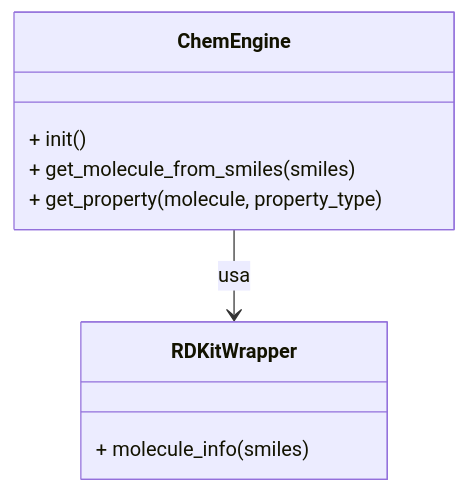
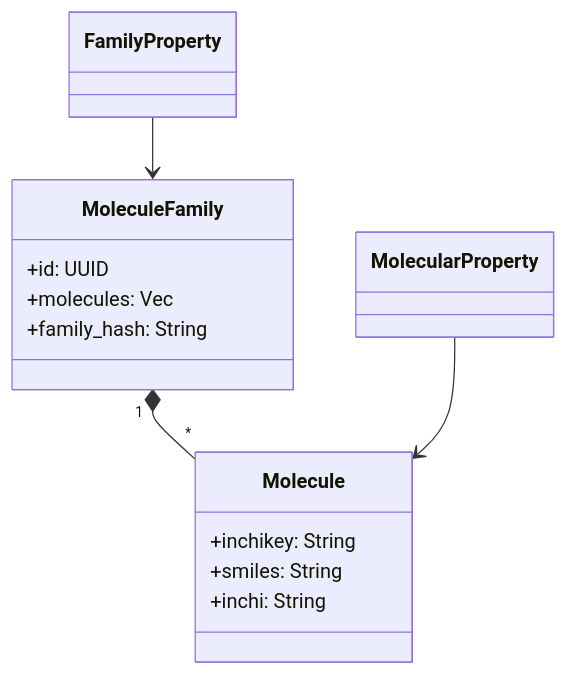
The second of 3 diagrams in README.md (chem-gl/chem-flow), drawn with Mermaid before and after one commit. The commit also changed other lines of this file and 5 other files, not shown here.

````diff
--- a/README.md
+++ b/README.md
@@ -313,12 +180,18 @@
 ```mermaid
 classDiagram
-    class ChemEngine {
-        + init()
-        + get_molecule_from_smiles(smiles)
-        + get_property(molecule, property_type)
-    }
-    class RDKitWrapper {
-        + molecule_info(smiles)
-    }
-    ChemEngine --> RDKitWrapper : usa
+  class Molecule {
+    +inchikey: String
+    +smiles: String
+    +inchi: String
+  }
+  class MoleculeFamily {
+    +id: UUID
+    +molecules: Vec<Molecule>
+    +family_hash: String
+  }
+  class MolecularProperty
+  class FamilyProperty
+  MoleculeFamily "1" *-- "*" Molecule
+  MolecularProperty --> Molecule
+  FamilyProperty --> MoleculeFamily
 ```
````
